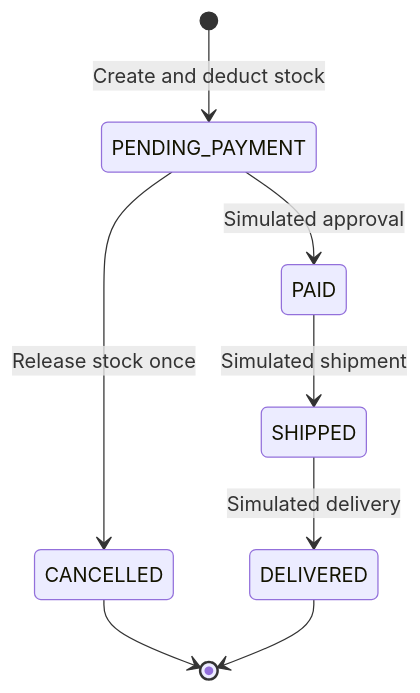
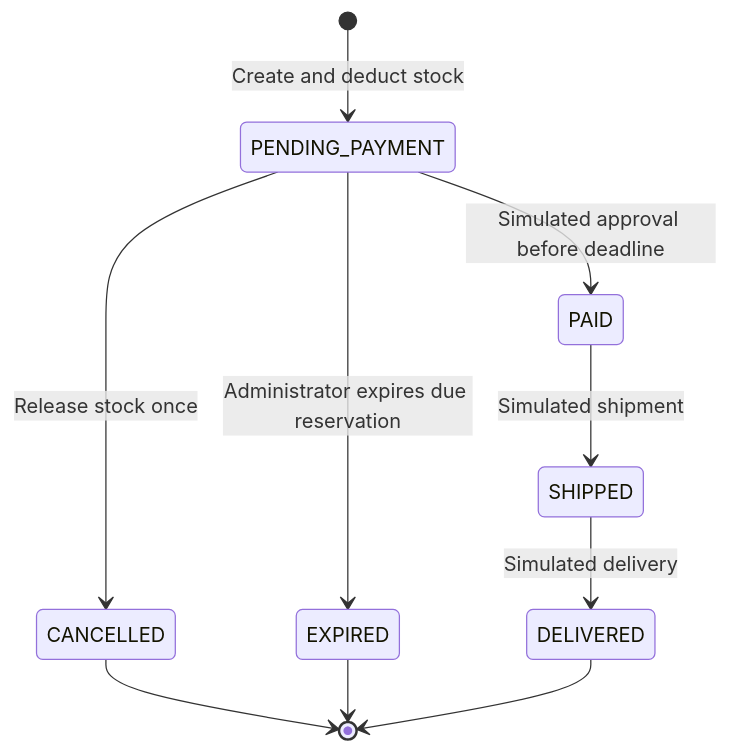
One commit to joaoltrevisan/django-orders-inventory-portfolio changed the second of 2 diagrams in docs/architecture.md. Above: the diagram before and after it, drawn with Mermaid. The commit also changed other lines of this file and 46 other files, not shown here.

Commit message:
feat: add audited reservation expiry and payment deadlines

````diff
--- a/docs/architecture.md
+++ b/docs/architecture.md
@@ -61,10 +61,12 @@
 ```mermaid
 stateDiagram-v2
     [*] --> PENDING_PAYMENT: Create and deduct stock
     PENDING_PAYMENT --> CANCELLED: Release stock once
-    PENDING_PAYMENT --> PAID: Simulated approval
+    PENDING_PAYMENT --> EXPIRED: Administrator expires due reservation
+    PENDING_PAYMENT --> PAID: Simulated approval before deadline
     PAID --> SHIPPED: Simulated shipment
     SHIPPED --> DELIVERED: Simulated delivery
     CANCELLED --> [*]
+    EXPIRED --> [*]
     DELIVERED --> [*]
 ```
````
